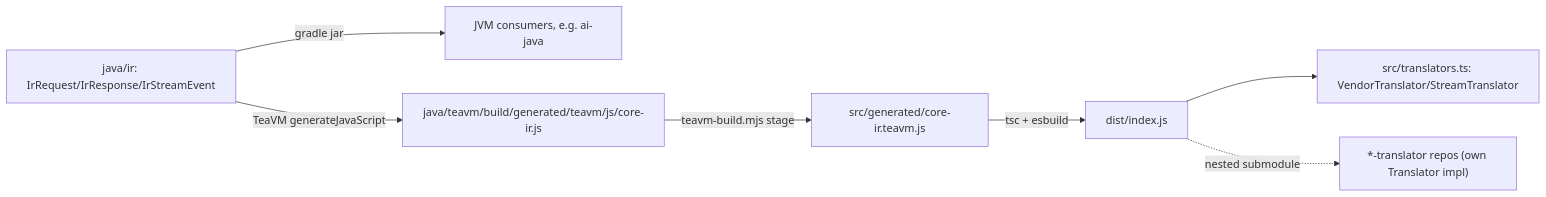
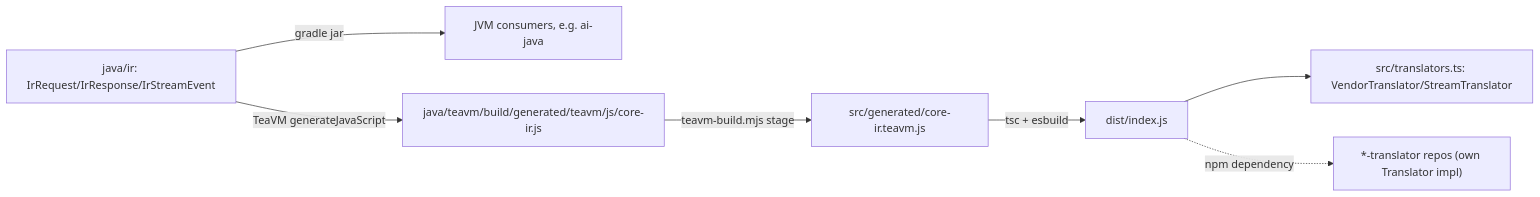
The diagram in README.md (intisy-ai/core-ir), drawn with Mermaid before and after one commit. The commit also changed other lines of this file, not shown here.

First line of the commit message:
docs: describe the libraries as npm dependencies, not submodules

````diff
--- a/README.md
+++ b/README.md
@@ -17,9 +17,9 @@
 ```mermaid
 flowchart LR
   IR[java/ir: IrRequest/IrResponse/IrStreamEvent] -->|gradle jar| JVM[JVM consumers, e.g. ai-java]
   IR -->|TeaVM generateJavaScript| GEN[java/teavm/build/generated/teavm/js/core-ir.js]
   GEN -->|teavm-build.mjs stage| STAGED[src/generated/core-ir.teavm.js]
   STAGED -->|tsc + esbuild| DIST[dist/index.js]
   DIST --> API["src/translators.ts: VendorTranslator/StreamTranslator"]
-  DIST -.->|nested submodule| VT["*-translator repos (own Translator impl)"]
+  DIST -.->|npm dependency| VT["*-translator repos (own Translator impl)"]
 ```
````
